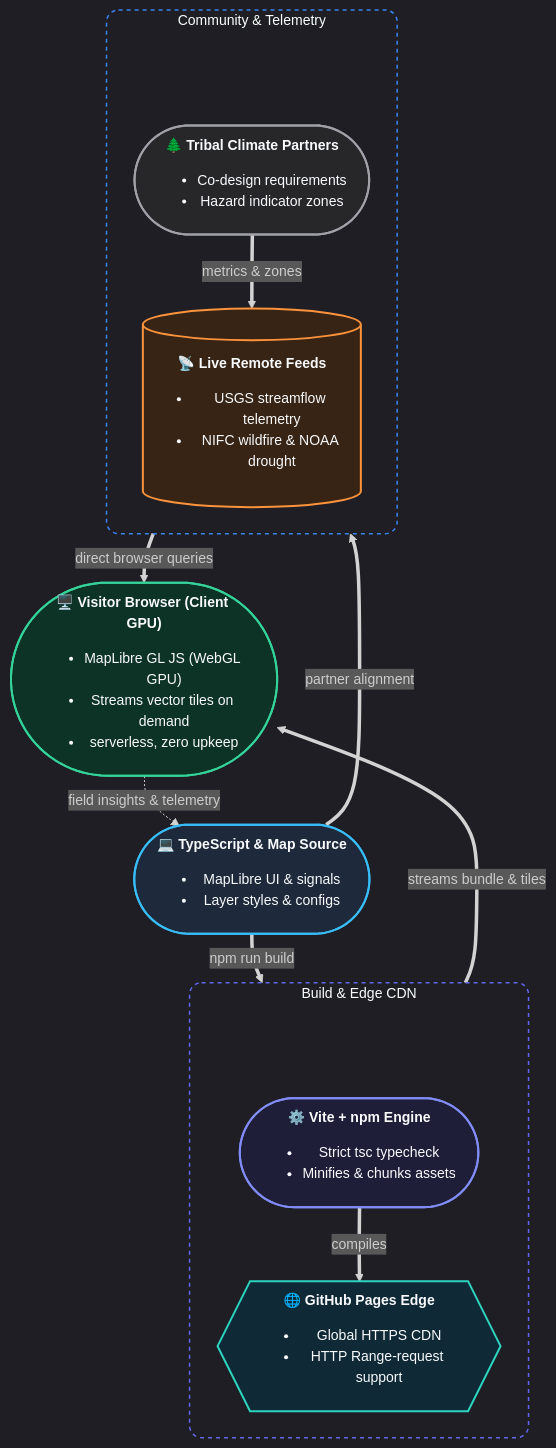
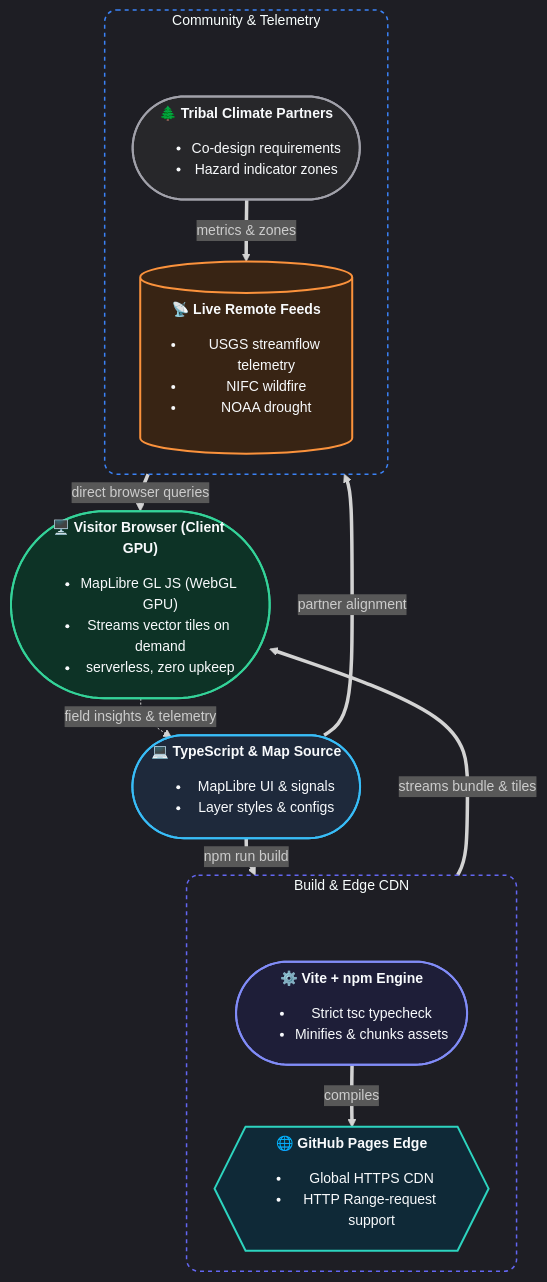
The third of 3 diagrams in guides/arch.qmd (byandell/dynamic-drought-module), drawn with Mermaid before and after one commit. The commit also changed 1 other file, not shown here.

Commit message:
tightened fig 3 of arch.qmd

````diff
--- a/guides/arch.qmd
+++ b/guides/arch.qmd
@@ -98,68 +98,68 @@
 ```{mermaid}
 %%{init: {
   'theme': 'dark',
   'themeVariables': {
     'fontSize': '14px',
     'fontFamily': 'Inter, system-ui, sans-serif'
   },
   'flowchart': {
-    'rankSpacing': 28,
+    'rankSpacing': 16,
     'nodeSpacing': 36,
-    'padding': 18,
+    'padding': 12,
     'curve': 'basis'
   }
 }}%%
 flowchart TB
     %% Apex Top
     Dev(["💻 <b>TypeScript & Map Source</b><ul><li>MapLibre UI & signals<li>Layer styles & configs</ul>"])
 
     %% Left Column: Build & Edge CDN (Vertical)
     subgraph ColBuild ["Build & Edge CDN"]
         direction TB
-        SpacerB[" "]
+        SpacerB["<div style='height:1px;line-height:1px;font-size:1px'></div>"]
         Build(["⚙️ <b>Vite + npm Engine</b><ul><li>Strict tsc typecheck<li>Minifies & chunks assets</ul>"])
         CDN{{"🌐 <b>GitHub Pages Edge</b><ul><li>Global HTTPS CDN<li>HTTP Range-request support</ul>"}}
         SpacerB ~~~ Build
         Build ==>|compiles| CDN
     end
 
     %% Right Column: Community & Telemetry (Vertical)
     subgraph ColData ["Community & Telemetry"]
         direction TB
-        SpacerD[" "]
+        SpacerD["<div style='height:1px;line-height:1px;font-size:1px'></div>"]
         Tribal(["🌲 <b>Tribal Climate Partners</b><ul><li>Co-design requirements<li>Hazard indicator zones</ul>"])
-        Feeds[("📡 <b>Live Remote Feeds</b><ul><li>USGS streamflow telemetry<li>NIFC wildfire & NOAA drought</ul>")]
+        Feeds[("📡 <b>Live Remote Feeds</b><ul><li>USGS streamflow telemetry<li>NIFC wildfire<li>NOAA drought</ul>")]
         SpacerD ~~~ Tribal
         Tribal ==>|metrics & zones| Feeds
     end
 
     %% Bottom Subgraph: Client WebGL Execution
     Browser(["🖥️ <b>Visitor Browser (Client GPU)</b><ul><li>MapLibre GL JS (WebGL GPU)<li>Streams vector tiles on demand<li>serverless, zero upkeep</ul>"])
 
     %% Connections from Dev
     Dev ==>|npm run build| Build
     Dev ==>|partner alignment| Tribal
 
     %% Connections from CDN and ColData to Browser
     CDN ==>|streams bundle & tiles| Browser
     Feeds ==>|direct browser queries| Browser
 
     %% Closed loop feedback (preserves top-down DAG ranking)
     Browser -.->|field insights & telemetry| Dev
 
     %% Subgraph Styling
     style ColBuild fill:none,stroke:#6366f1,stroke-width:1.5px,stroke-dasharray: 4 4,rx:12,ry:12
     style ColData fill:none,stroke:#3b82f6,stroke-width:1.5px,stroke-dasharray: 4 4,rx:12,ry:12
 
     %% Node Styling
     style Dev fill:#1e293b,stroke:#38bdf8,stroke-width:2px,color:#f8fafc
     style Build fill:#1e1e38,stroke:#818cf8,stroke-width:2px,color:#f8fafc
     style CDN fill:#0f2937,stroke:#2dd4bf,stroke-width:2px,color:#f8fafc
     style Browser fill:#0d3326,stroke:#34d399,stroke-width:2px,color:#f8fafc
     style Feeds fill:#382414,stroke:#fb923c,stroke-width:2px,color:#f8fafc
     style Tribal fill:#27272a,stroke:#a1a1aa,stroke-width:2px,color:#f8fafc
 
     %% Spacers
     style SpacerB fill:none,stroke:none,color:transparent
     style SpacerD fill:none,stroke:none,color:transparent
 ```
````
